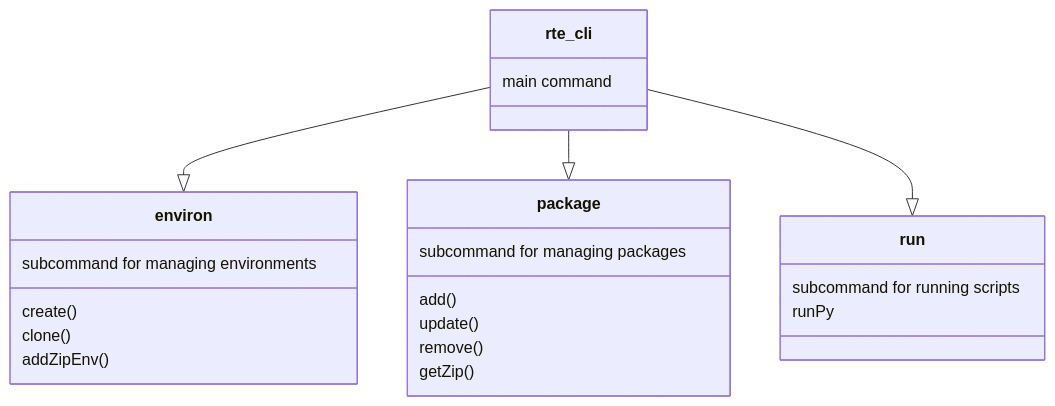
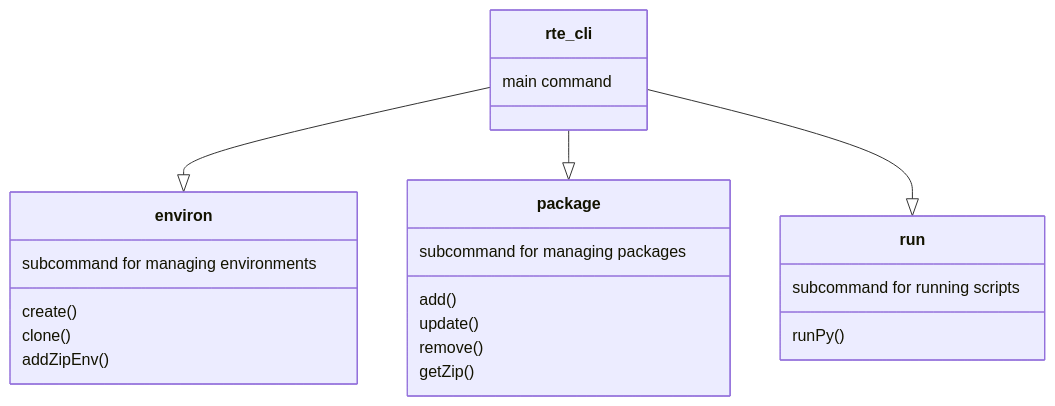
One commit to samozturk/condainer-cli changed the diagram in README.md. Above: the diagram before and after it, drawn with Mermaid. The commit also changed 1 other file, not shown here.

Commit message:
refactored run command

````diff
--- a/README.md
+++ b/README.md
@@ -30,26 +30,26 @@
 ``` mermaid
 classDiagram
 direction TB
     rte_cli --|> environ
     rte_cli --|> package
     rte_cli --|> run
     rte_cli : main command
     class environ{  
         subcommand for managing environments
         create()
         clone()
         addZipEnv  () 
     }
     class package{
         subcommand for managing packages
         add()
         update()
         remove()
         getZip()
         
     }
     class run{
         subcommand for running scripts
-        runPy
+        runPy()
     }
 ```
````
